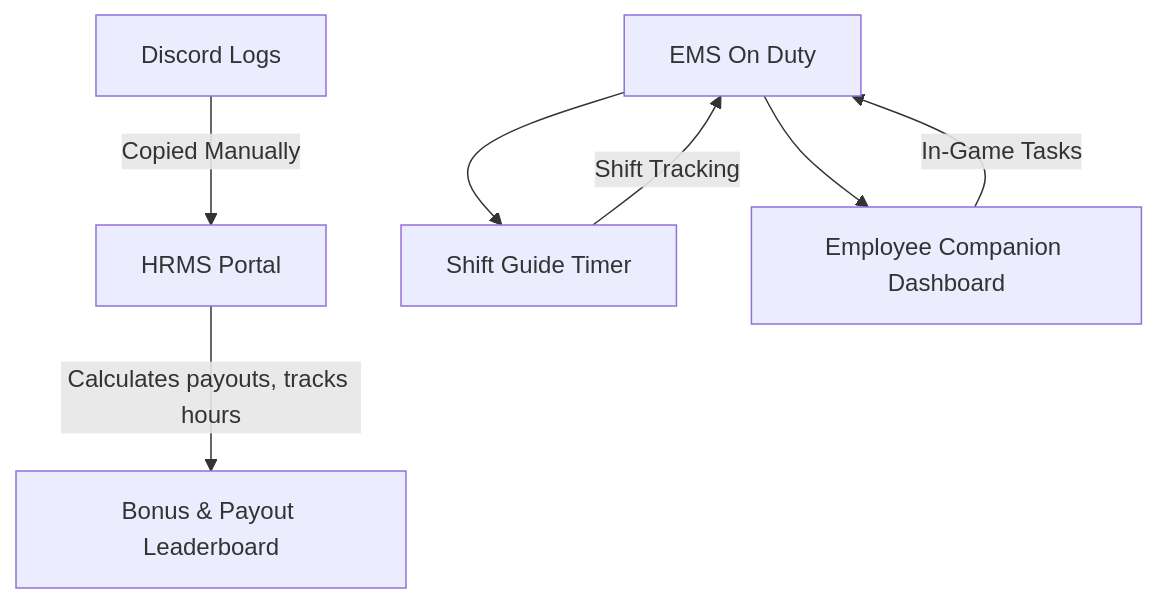
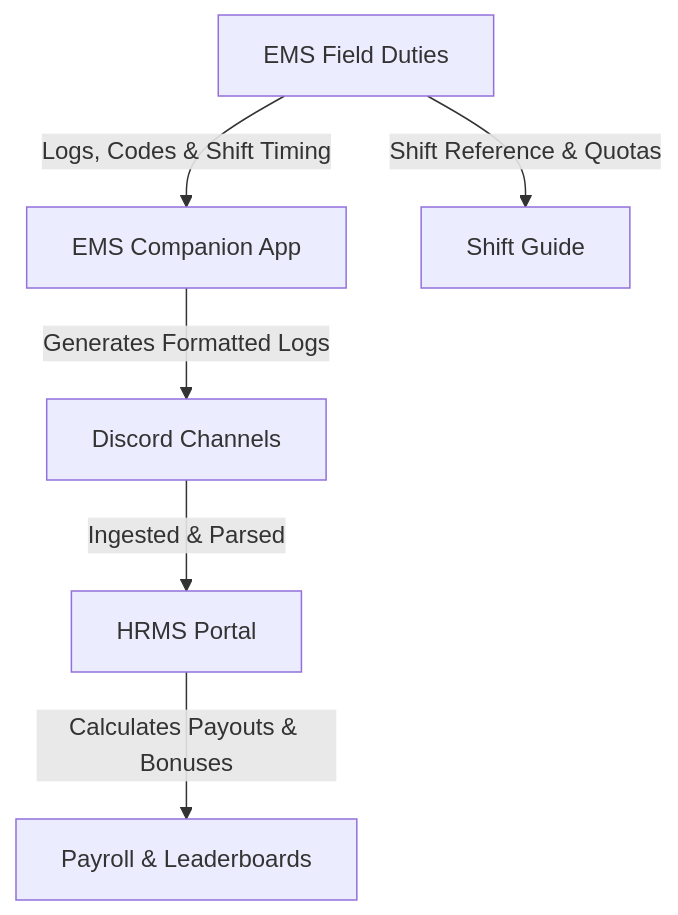
The first of 2 diagrams in README.md (wwwshivu4u/GTA-5-GRP-EMS-Apps), drawn with Mermaid before and after one commit. The commit also changed other lines of this file and 6 other files, not shown here.

Commit message:
feat: implement EMS Companion application with dynamic shift timer, Android Auto layout, and glassmorphism UI while updating project documentation.

````diff
--- a/README.md
+++ b/README.md
@@ -20,11 +16,8 @@
 ```mermaid
 graph TD;
-    Discord[Discord Logs] -->|Copied Manually| HRMS[HRMS Portal]
-    HRMS -->|Calculates payouts, tracks hours| Leaderboard[Bonus & Payout Leaderboard]
-    
-    Duty[EMS On Duty] --> ShiftGuide[Shift Guide Timer]
-    Duty --> EmployeeCompanion[Employee Companion Dashboard]
-    
-    ShiftGuide -->|Shift Tracking| Duty
-    EmployeeCompanion -->|In-Game Tasks| Duty
+    Field[EMS Field Duties] -->|Logs, Codes & Shift Timing| Companion[EMS Companion App]
+    Field -->|Shift Reference & Quotas| ShiftGuide[Shift Guide]
+    Companion -->|Generates Formatted Logs| Discord[Discord Channels]
+    Discord -->|Ingested & Parsed| HRMS[HRMS Portal]
+    HRMS -->|Calculates Payouts & Bonuses| Leaderboard[Payroll & Leaderboards]
 ```
````
